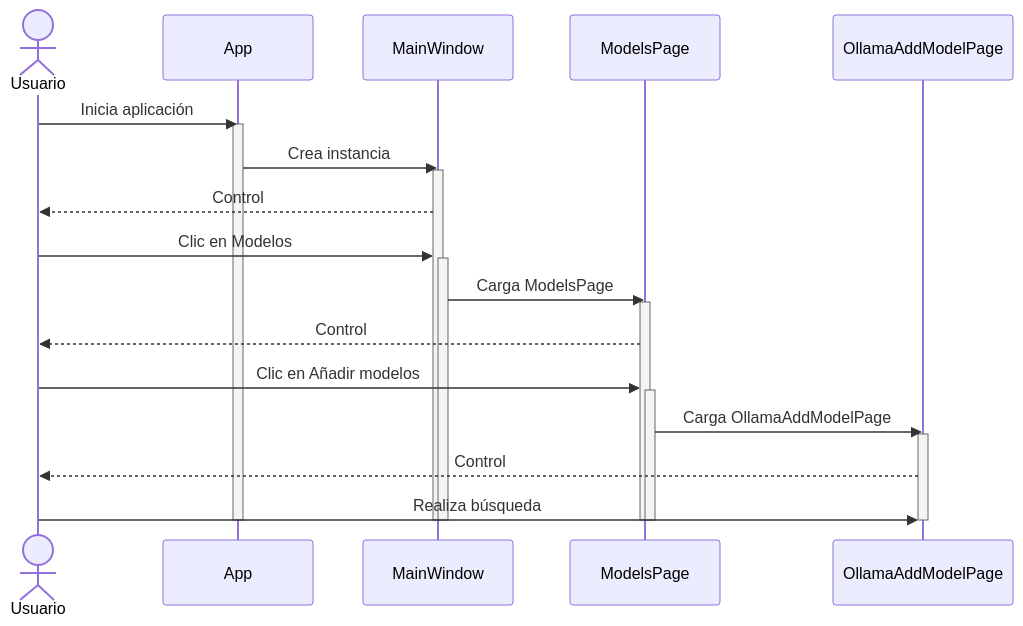
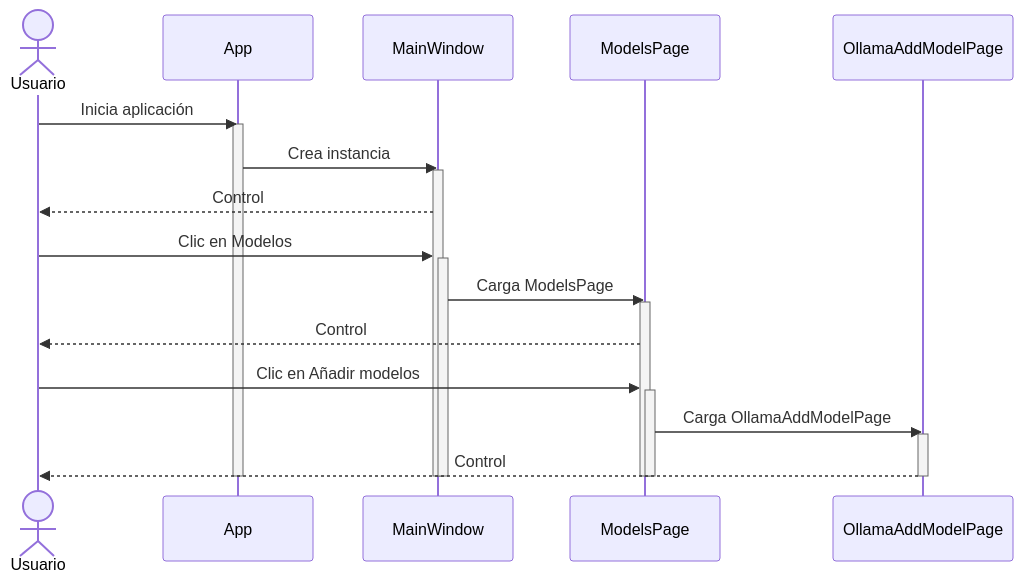
The third of 7 diagrams in Wiki/12. Ejemplos de Uso y Flujos de Trabajo.md (bcgrillo/powerpad), drawn with Mermaid before and after one commit. The commit also changed other lines of this file, not shown here.

````diff
--- a/Wiki/12. Ejemplos de Uso y Flujos de Trabajo.md
+++ b/Wiki/12. Ejemplos de Uso y Flujos de Trabajo.md
@@ -167,31 +167,30 @@
 ```mermaid
 sequenceDiagram
     actor U as Usuario
     participant A as App
     participant M as MainWindow
     participant MP as ModelsPage
     participant OAMP as OllamaAddModelPage
 
     U->>A: Inicia aplicación
     activate A
     A->>M: Crea instancia
     activate M
     M-->>U: Control
     U->>M: Clic en Modelos
     activate M
     M->>MP: Carga ModelsPage
     activate MP
     MP-->>U: Control
     U->>MP: Clic en Añadir modelos
     activate MP
     MP->>OAMP: Carga OllamaAddModelPage
     activate OAMP
     OAMP-->>U: Control
-    U->>OAMP: Realiza búsqueda
     deactivate OAMP
     deactivate MP
     deactivate MP
     deactivate M
     deactivate M
     deactivate A
 ```
````
